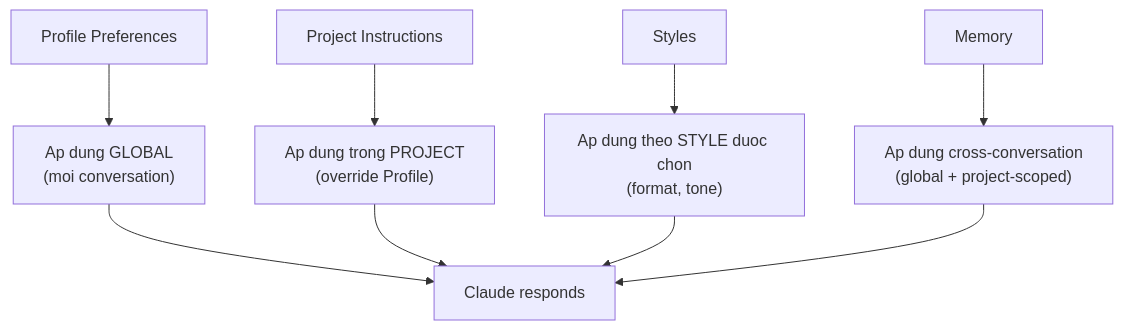
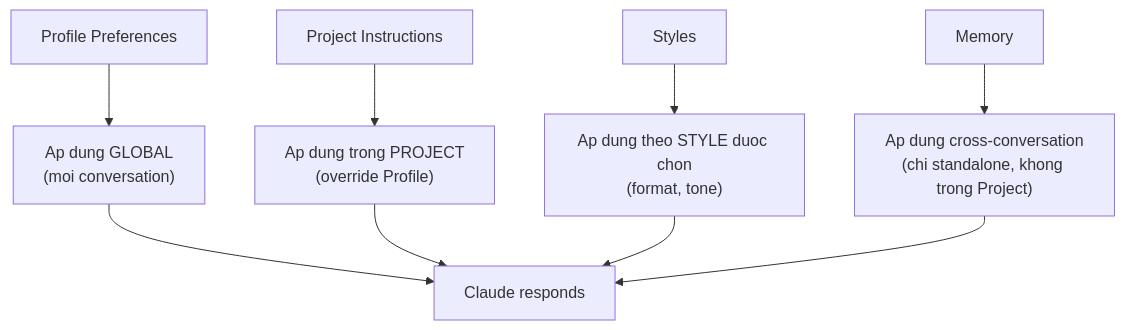
One commit to DatZ2H/guide-claude changed the third of 3 diagrams in guide/02-setup-personalization.md. Above: the diagram before and after it, drawn with Mermaid. The commit also changed other lines of this file and 10 other files, not shown here.

````diff
--- a/guide/02-setup-personalization.md
+++ b/guide/02-setup-personalization.md
@@ -571,12 +573,12 @@
 ```mermaid
 flowchart TD
     A["Profile Preferences"] --> B["Ap dung GLOBAL\n(moi conversation)"]
     C["Project Instructions"] --> D["Ap dung trong PROJECT\n(override Profile)"]
     E["Styles"] --> F["Ap dung theo STYLE duoc chon\n(format, tone)"]
-    G["Memory"] --> H["Ap dung cross-conversation\n(global + project-scoped)"]
+    G["Memory"] --> H["Ap dung cross-conversation\n(chi standalone, khong trong Project)"]
 
     B --> I["Claude responds"]
     D --> I
     F --> I
     H --> I
 ```
````
